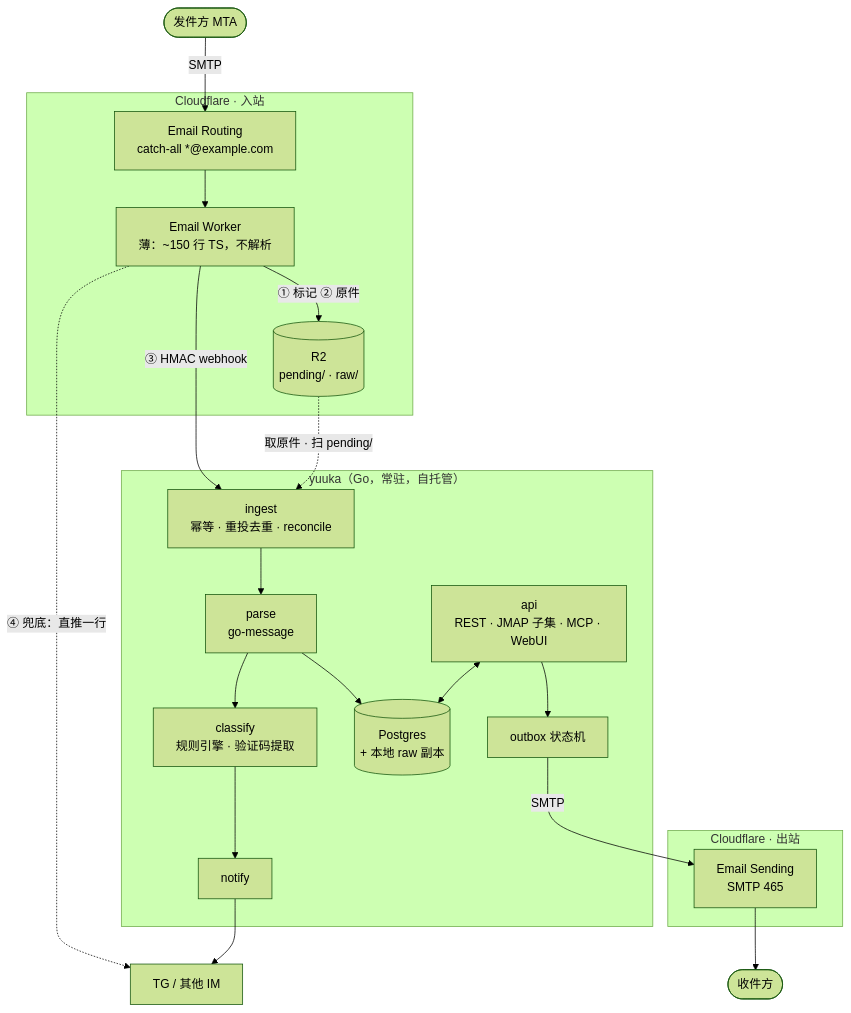
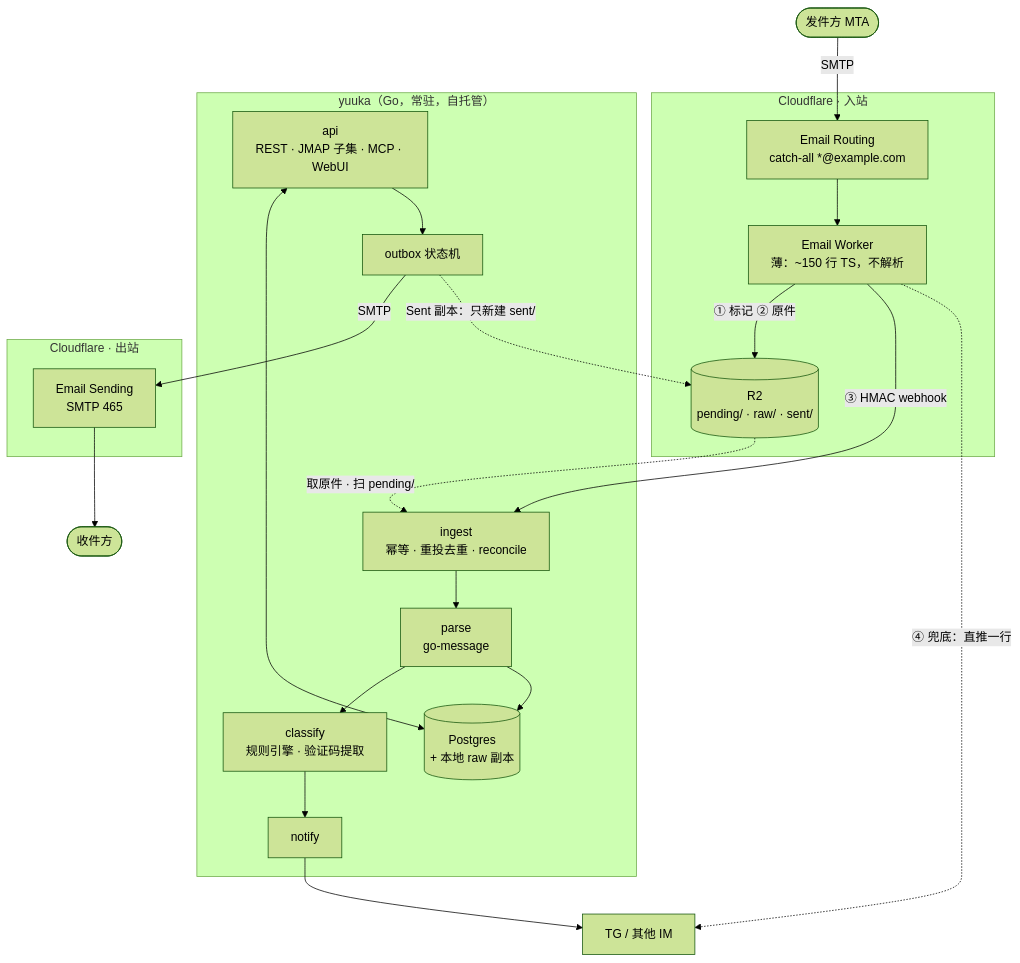
One commit to yuuka-mail/yuuka changed the first of 2 diagrams in docs/architecture.md. Above: the diagram before and after it, drawn with Mermaid (forest theme). The commit also changed other lines of this file and 9 other files, not shown here.

````diff
--- a/docs/architecture.md
+++ b/docs/architecture.md
@@ -7,39 +7,40 @@
 ```mermaid
 flowchart TB
   sender(["发件方 MTA"])
 
   subgraph cfin["Cloudflare · 入站"]
     routing["Email Routing<br/>catch-all *@example.com"]
     worker["Email Worker<br/>薄：~150 行 TS，不解析"]
-    r2[("R2<br/>pending/ · raw/")]
+    r2[("R2<br/>pending/ · raw/ · sent/")]
     routing --> worker -- "① 标记 ② 原件" --> r2
   end
 
   subgraph yuuka["yuuka（Go，常驻，自托管）"]
     ingest["ingest<br/>幂等 · 重投去重 · reconcile"]
     parse["parse<br/>go-message"]
     classify["classify<br/>规则引擎 · 验证码提取"]
     notify["notify"]
     store[("Postgres<br/>+ 本地 raw 副本")]
     api["api<br/>REST · JMAP 子集 · MCP · WebUI"]
     outbox["outbox 状态机"]
     ingest --> parse --> classify --> notify
     parse --> store
     api <--> store
     api --> outbox
   end
 
   subgraph cfout["Cloudflare · 出站"]
     sending["Email Sending<br/>SMTP 465"]
   end
 
   im["TG / 其他 IM"]
   rcpt(["收件方"])
 
   sender -- SMTP --> routing
   worker -- "③ HMAC webhook" --> ingest
   r2 -. "取原件 · 扫 pending/" .-> ingest
   worker -. "④ 兜底：直推一行" .-> im
   notify --> im
   outbox -- SMTP --> sending --> rcpt
+  outbox -. "Sent 副本：只新建 sent/" .-> r2
 ```
````
